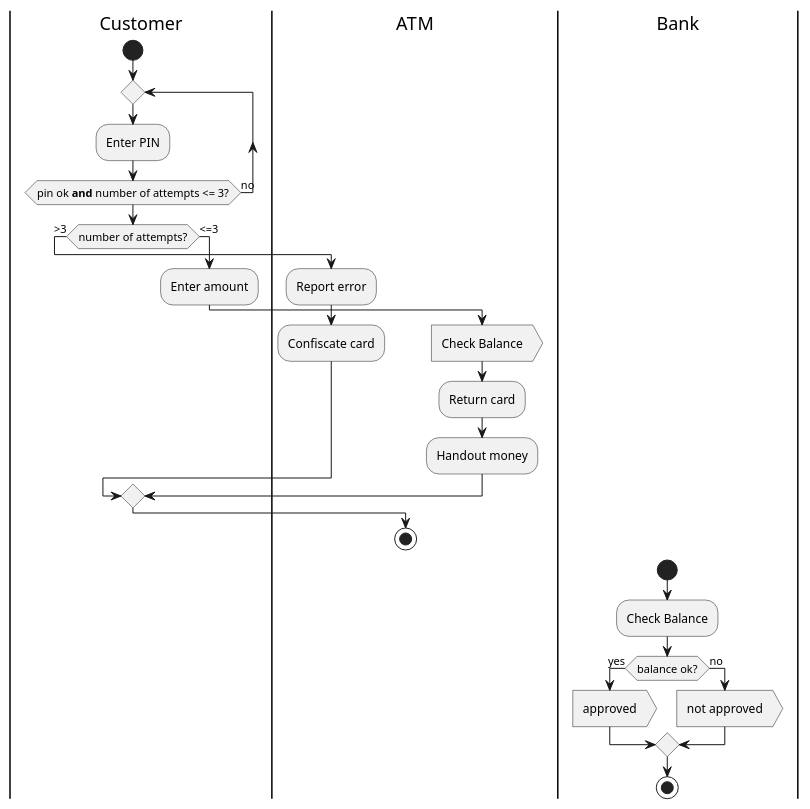
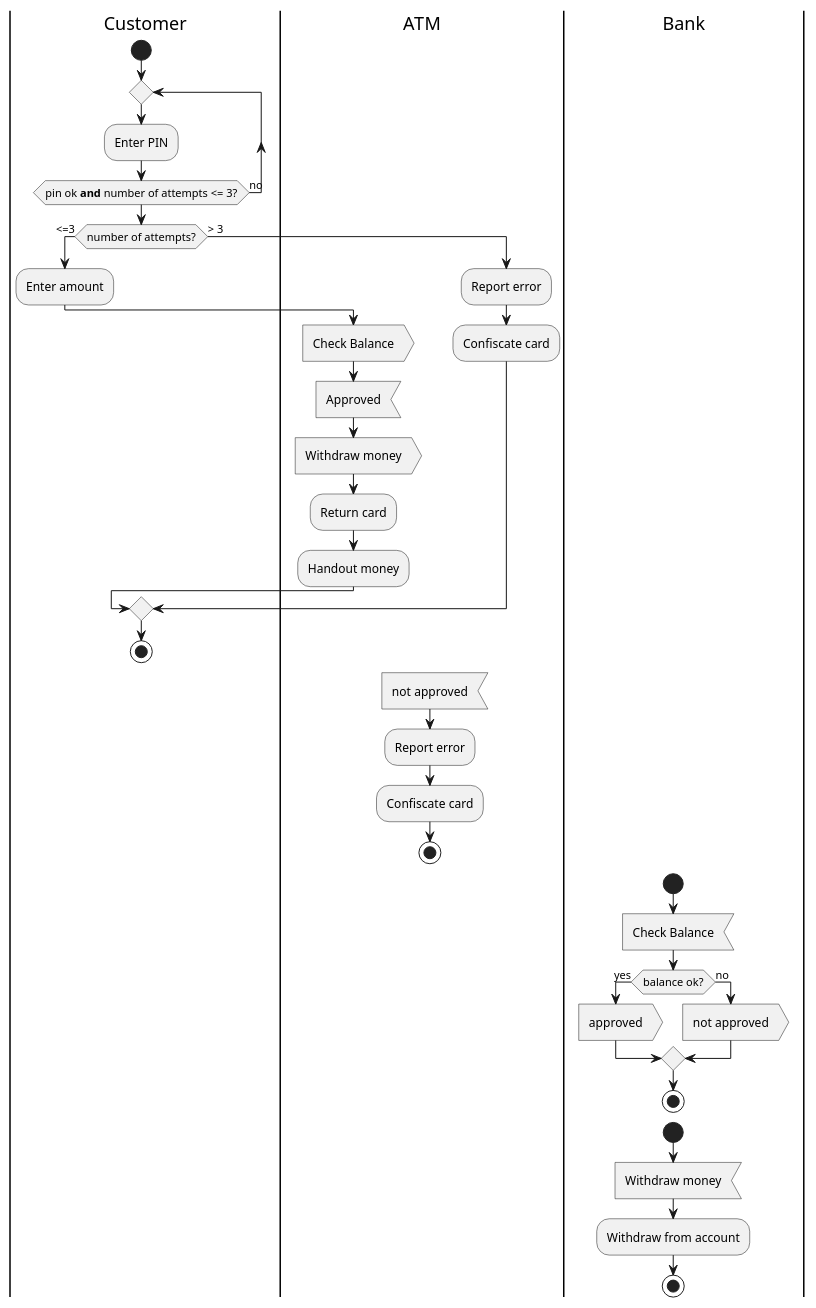
The second of 2 diagrams in Units/PlantUML.md (htl-leo-syp-project-organization/if.05.61_00-class-materials), drawn with PlantUML before and after one commit. The commit also changed other lines of this file, not shown here.

Commit message:
Improved ATM Activity Diagram

````diff
--- a/Units/PlantUML.md
+++ b/Units/PlantUML.md
@@ -54,30 +96,42 @@
 ```plantuml
 |Customer|
 start
 repeat
 :Enter PIN;
 repeat while (pin ok **and** number of attempts <= 3?) is (no)
-if (number of attempts?) then (>3)
+if (number of attempts?) then (<=3)
+    :Enter amount;
+    |ATM|
+    :Check Balance; <<output>>
+    :Approved; <<input>>
+    :Withdraw money; <<output>>
+    :Return card;
+    :Handout money;
+else (> 3)
     |ATM|
     :Report error;
     :Confiscate card;
-else (<=3)
+endif
 |Customer|
-:Enter amount;
+stop
 |ATM|
-:Check Balance; <<output>>
-:Return card;
-:Handout money;
-endif
+:not approved; <<input>>
+:Report error;
+:Confiscate card;
 stop
-
 |Bank|
 start
-:Check Balance;
+:Check Balance; <<input>>
 if (balance ok?) then (yes)
     :approved; <<output>>
 else (no)
     :not approved; <<output>>
 endif
 stop
+
+start
+:Withdraw money; <<input>>
+:Withdraw from account; 
+stop
+
 ```
````
